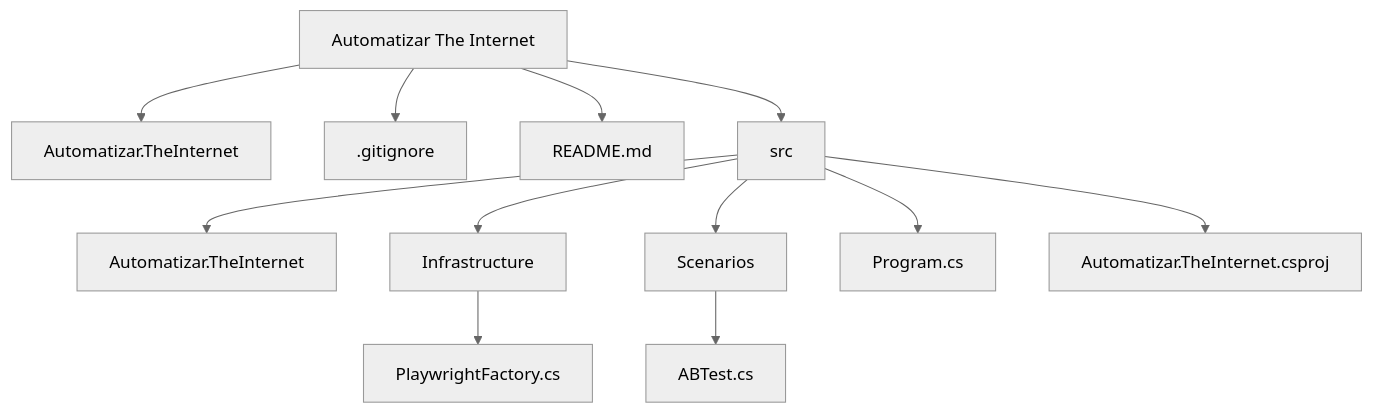
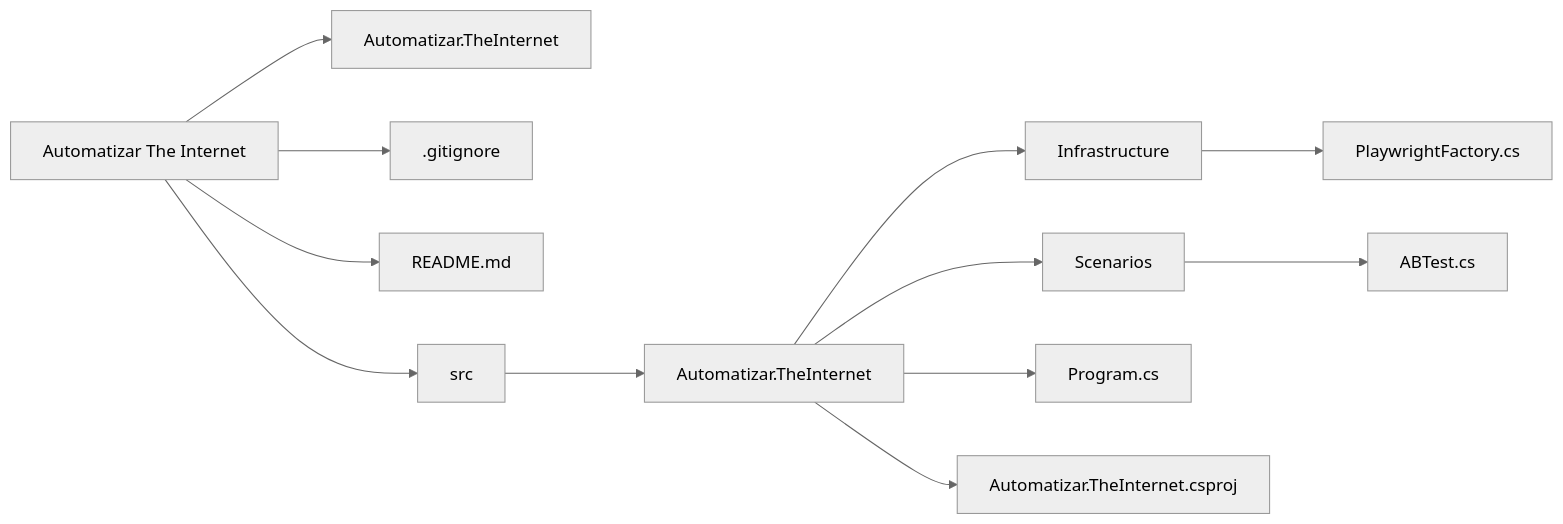
One commit to Galozi-Rafael/Automatizar-The-Internet changed the diagram in README.md. Above: the diagram before and after it, drawn with Mermaid (neutral theme).

Commit message:
fix: Conserta a Arquitetura de pastas no README do projeto.

````diff
--- a/README.md
+++ b/README.md
@@ -29,15 +29,15 @@
 ``` mermaid
-flowchart TD
+flowchart LR
 
 A[Automatizar The Internet] --> B[Automatizar.TheInternet]
 A --> C[.gitignore]
 A --> D[README.md]
 A --> E[src]
 E --> F[Automatizar.TheInternet]
-E --> G[Infrastructure]
-E --> H[Scenarios]
-E --> I[Program.cs]
-E --> J[Automatizar.TheInternet.csproj]
+F --> G[Infrastructure]
+F --> H[Scenarios]
+F --> I[Program.cs]
+F --> J[Automatizar.TheInternet.csproj]
 G --> K[PlaywrightFactory.cs]
 H --> L[ABTest.cs]
 ```
````
